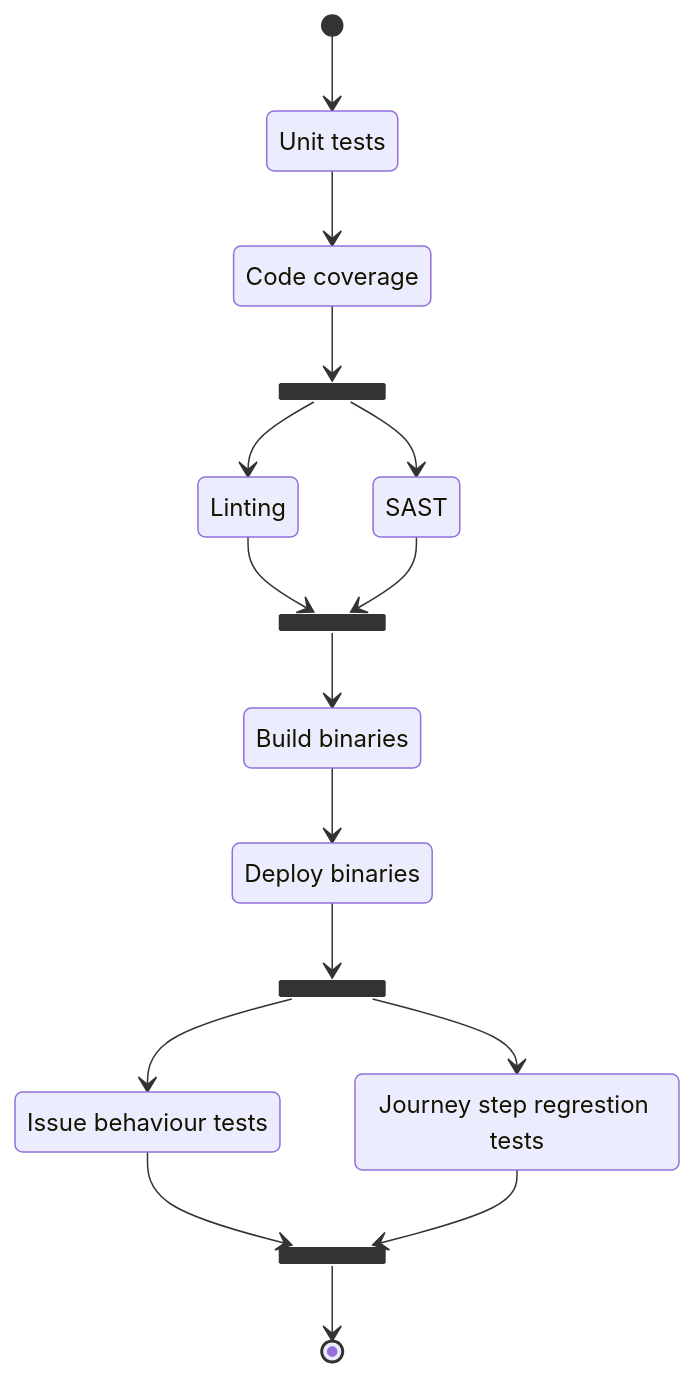
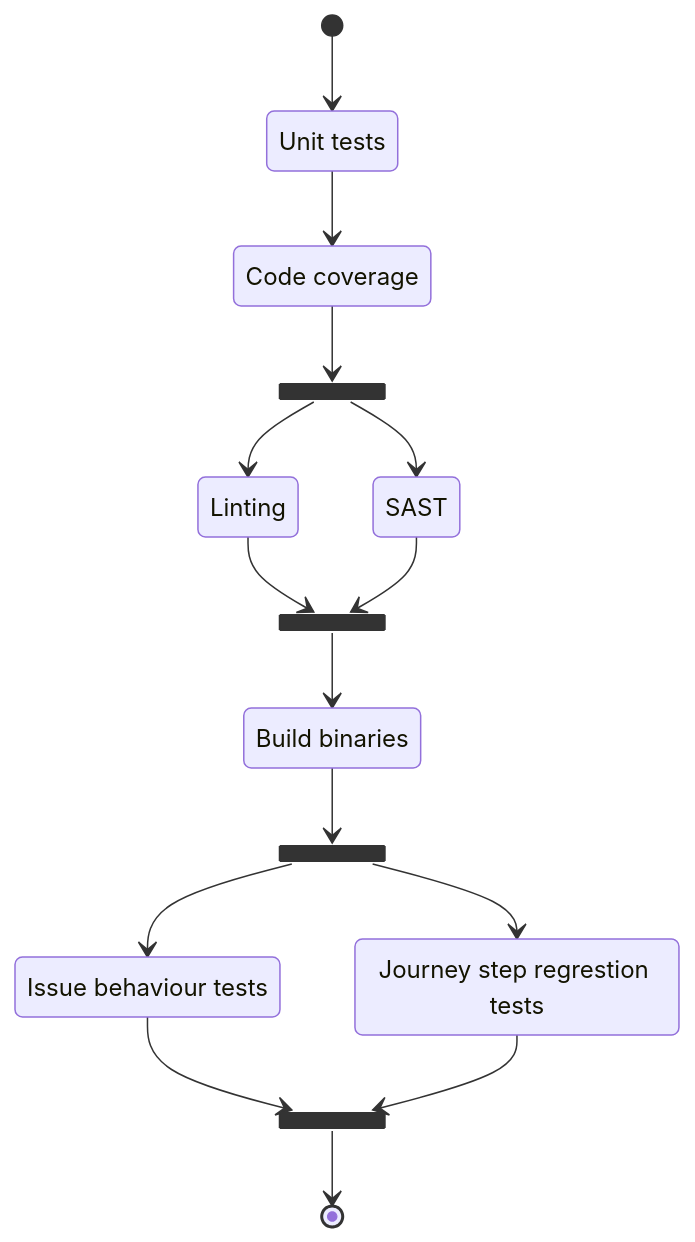
One commit to ContinuousEngineeringProject/ContinuousEngineeringProject.github.io changed the sixth of 6 diagrams in docs/factory_pipelines.md. Above: the diagram before and after it, drawn with Mermaid. The commit also changed other lines of this file, not shown here.

Commit message:
docs: refactor Issue states

````diff
--- a/docs/factory_pipelines.md
+++ b/docs/factory_pipelines.md
@@ -100,32 +100,30 @@
 ```mermaid
 stateDiagram-v2
   s0 : Unit tests
   s1 : Code coverage
   s2 : Linting
   s3 : SAST
   s4 : Build binaries
-  s5 : Deploy binaries
-  s6 : Issue behaviour tests
-  s7 : Journey step regrestion tests
+  s5 : Issue behaviour tests
+  s6 : Journey step regrestion tests
   
   state f1 <<fork>>
   state j1 <<join>>
   state f2 <<fork>>
   state j2 <<join>>
   
   [*] --> s0
   s0 --> s1
   s1 --> f1
   f1 --> s2
   f1 --> s3
   s2 --> j1
   s3 --> j1
   j1 --> s4
-  s4 --> s5
-  s5 --> f2
+  s4 --> f2
+  f2 --> s5
   f2 --> s6
-  f2 --> s7
+  s5 --> j2
   s6 --> j2
-  s7 --> j2
   j2 --> [*]
 ```
````
